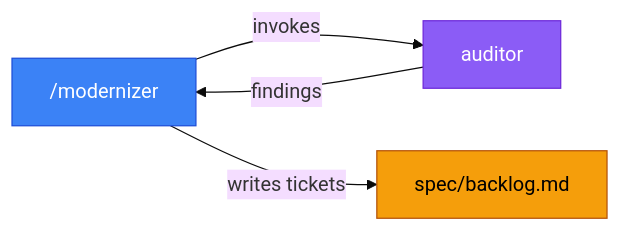
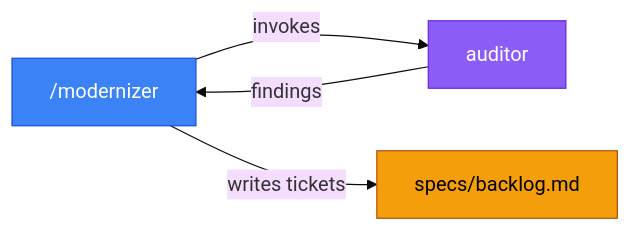
The sixth of 7 diagrams in README.md (TheLampshady/repokit), drawn with Mermaid (base theme) before and after one commit. The commit also changed other lines of this file and 18 other files, not shown here.

````diff
--- a/README.md
+++ b/README.md
@@ -314,17 +328,17 @@
 ```mermaid
 graph LR
     Modernizer["/modernizer"]
     Auditor["auditor"]
-    Spec["spec/backlog.md"]
+    Spec["specs/backlog.md"]
 
     Modernizer -->|"invokes"| Auditor
     Auditor -->|"findings"| Modernizer
     Modernizer -->|"writes tickets"| Spec
 
     classDef skill fill:#3b82f6,stroke:#1d4ed8,color:#fff
     classDef agent fill:#8b5cf6,stroke:#6d28d9,color:#fff
     classDef storage fill:#f59e0b,stroke:#b45309,color:#000
     class Modernizer skill
     class Auditor agent
     class Spec storage
 ```
````
